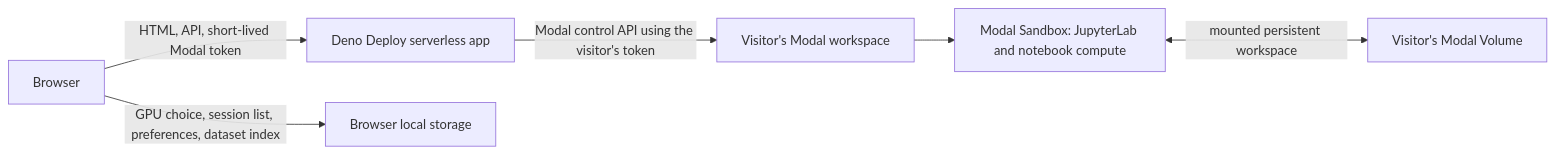
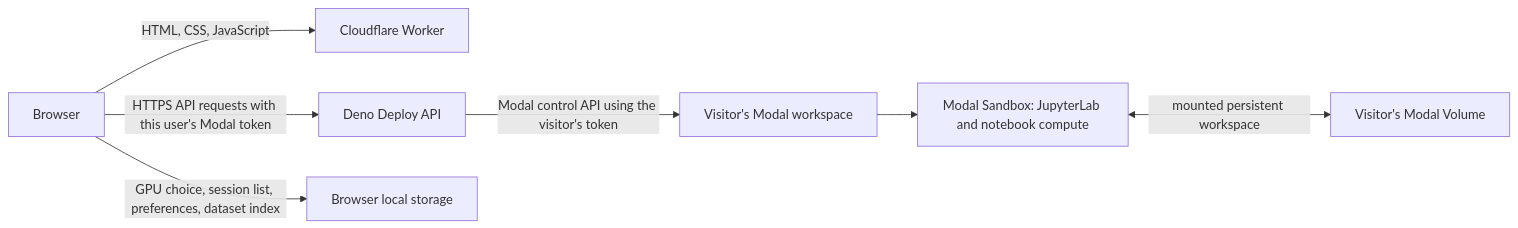
One commit to seenmttai/modal-notebook-studio changed the diagram in README.md. Above: the diagram before and after it, drawn with Mermaid. The commit also changed other lines of this file and 12 other files, not shown here.

Commit message:
Keep Worker frontend separate from Deno Modal API

````diff
--- a/README.md
+++ b/README.md
@@ -13,8 +14,9 @@
 ```mermaid
 flowchart LR
-    B[Browser] -->|HTML, API, short-lived Modal token| D[Deno Deploy serverless app]
+    B[Browser] -->|HTML, CSS, JavaScript| W[Cloudflare Worker]
+    B -->|HTTPS API requests with this user's Modal token| D[Deno Deploy API]
     D -->|Modal control API using the visitor's token| M[Visitor's Modal workspace]
     M --> S[Modal Sandbox: JupyterLab and notebook compute]
     S <-->|mounted persistent workspace| V[Visitor's Modal Volume]
     B -->|GPU choice, session list, preferences, dataset index| L[Browser local storage]
 ```
````
